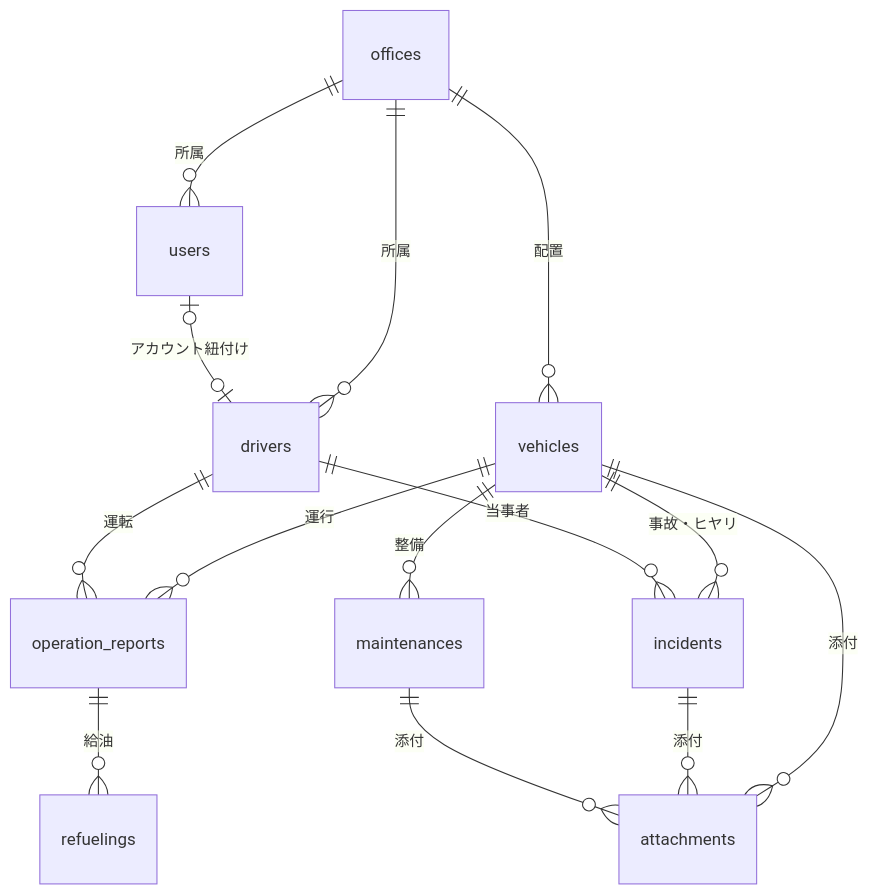
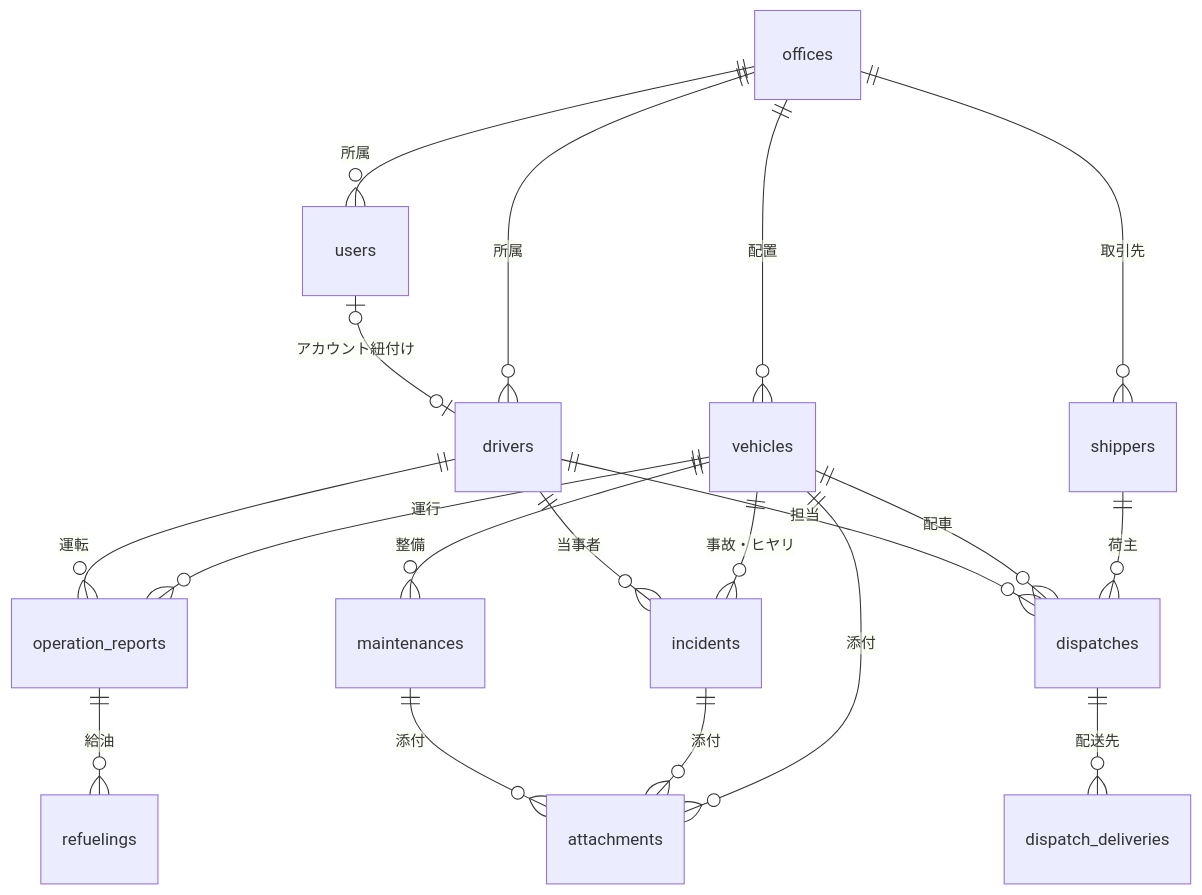
One commit to suzuki-t0505/fleet_management_system changed the first of 3 diagrams in docs/functional-design.md. Above: the diagram before and after it, drawn with Mermaid. The commit also changed other lines of this file and 11 other files, not shown here.

````diff
--- a/docs/functional-design.md
+++ b/docs/functional-design.md
@@ -174,16 +190,21 @@
 ```mermaid
 erDiagram
     offices ||--o{ users : "所属"
     offices ||--o{ vehicles : "配置"
     offices ||--o{ drivers : "所属"
     users |o--o| drivers : "アカウント紐付け"
     vehicles ||--o{ operation_reports : "運行"
     drivers ||--o{ operation_reports : "運転"
     operation_reports ||--o{ refuelings : "給油"
     vehicles ||--o{ maintenances : "整備"
+    offices ||--o{ shippers : "取引先"
+    shippers ||--o{ dispatches : "荷主"
+    vehicles ||--o{ dispatches : "配車"
+    drivers ||--o{ dispatches : "担当"
+    dispatches ||--o{ dispatch_deliveries : "配送先"
     vehicles ||--o{ incidents : "事故・ヒヤリ"
     drivers ||--o{ incidents : "当事者"
     vehicles ||--o{ attachments : "添付"
     incidents ||--o{ attachments : "添付"
     maintenances ||--o{ attachments : "添付"
 ```
````
